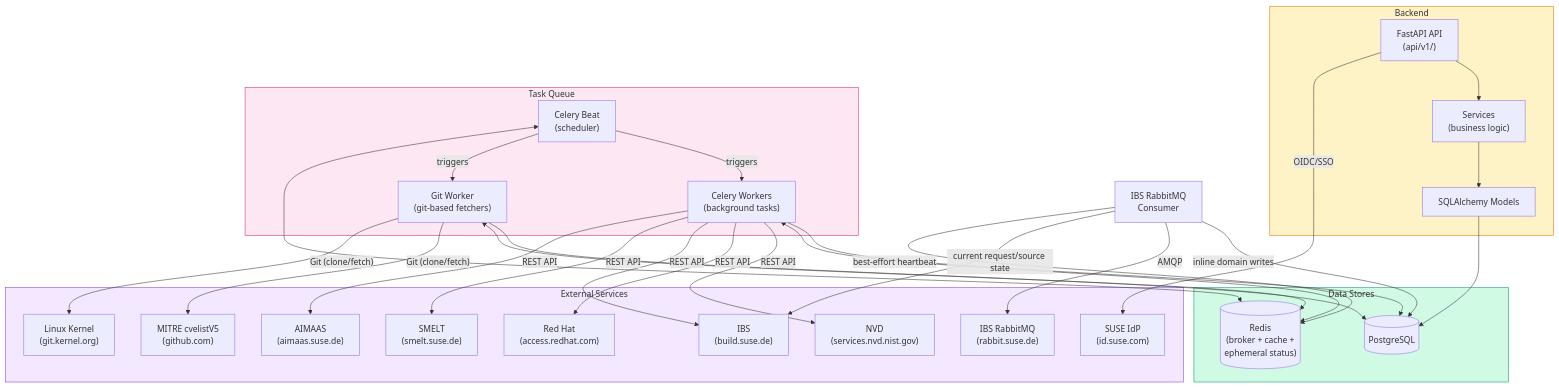
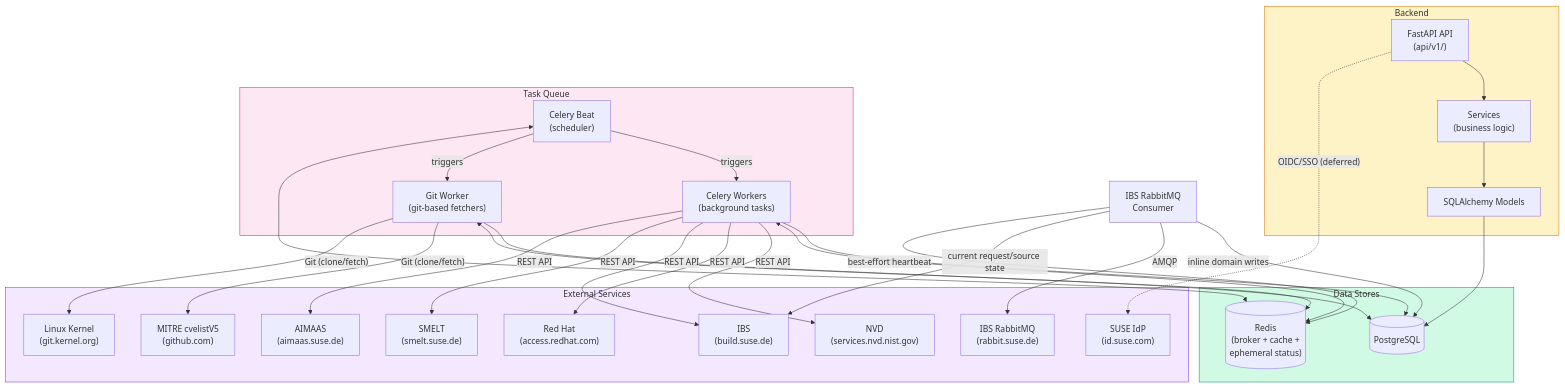
The first of 7 diagrams in docs/system-map.md (StayPirate/sentinel), drawn with Mermaid before and after one commit. The commit also changed other lines of this file and 12 other files, not shown here.

First line of the commit message:
docs: mark deferred SSO and provisioning contracts (#1034)

````diff
--- a/docs/system-map.md
+++ b/docs/system-map.md
@@ -27,64 +27,64 @@
 ```mermaid
 flowchart TB
     subgraph backend["Backend"]
         API["FastAPI API<br/>(api/v1/)"]
         SVC["Services<br/>(business logic)"]
         MDL["SQLAlchemy Models"]
         API --> SVC --> MDL
     end
 
     subgraph taskqueue["Task Queue"]
         BEAT["Celery Beat<br/>(scheduler)"]
         WORKER["Celery Workers<br/>(background tasks)"]
         GITWORKER["Git Worker<br/>(git-based fetchers)"]
         BEAT -->|triggers| WORKER
         BEAT -->|triggers| GITWORKER
     end
 
     subgraph datastores["Data Stores"]
         PG[("PostgreSQL")]
         RD[("Redis<br/>(broker + cache +<br/>ephemeral status)")]
     end
 
     CONSUMER["IBS RabbitMQ<br/>Consumer"]
 
     subgraph external["External Services"]
         NVD["NVD<br/>(services.nvd.nist.gov)"]
         MITRE["MITRE cvelistV5<br/>(github.com)"]
         KERNEL["Linux Kernel<br/>(git.kernel.org)"]
         REDHAT["Red Hat<br/>(access.redhat.com)"]
         IBS["IBS<br/>(build.suse.de)"]
         SMELT["SMELT<br/>(smelt.suse.de)"]
         AIMAAS["AIMAAS<br/>(aimaas.suse.de)"]
         RABBIT["IBS RabbitMQ<br/>(rabbit.suse.de)"]
         IDP["SUSE IdP<br/>(id.suse.com)"]
     end
 
     MDL --> PG
     WORKER --> PG
     WORKER <--> RD
     GITWORKER --> PG
     GITWORKER <--> RD
     BEAT <--> RD
     CONSUMER -->|"inline domain writes"| PG
 
-    API -->|"OIDC/SSO"| IDP
+    API -.->|"OIDC/SSO (deferred)"| IDP
 
     WORKER -->|"REST API"| NVD
     WORKER -->|"REST API"| REDHAT
     WORKER -->|"REST API"| IBS
     WORKER -->|"REST API"| SMELT
     WORKER -->|"REST API"| AIMAAS
 
     GITWORKER -->|"Git (clone/fetch)"| MITRE
     GITWORKER -->|"Git (clone/fetch)"| KERNEL
 
     CONSUMER -->|"AMQP"| RABBIT
     CONSUMER -->|"current request/source state"| IBS
     CONSUMER -->|"best-effort heartbeat"| RD
 
     style backend fill:#fef3c7,stroke:#d97706
     style taskqueue fill:#fce7f3,stroke:#db2777
     style datastores fill:#d1fae5,stroke:#059669
     style external fill:#f3e8ff,stroke:#7c3aed
 ```
````
